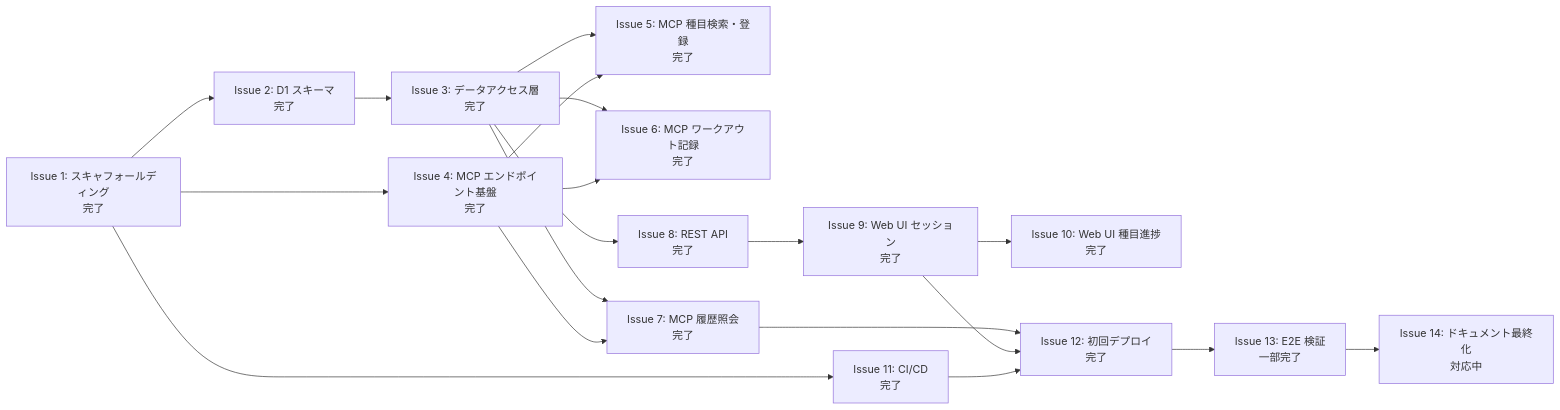
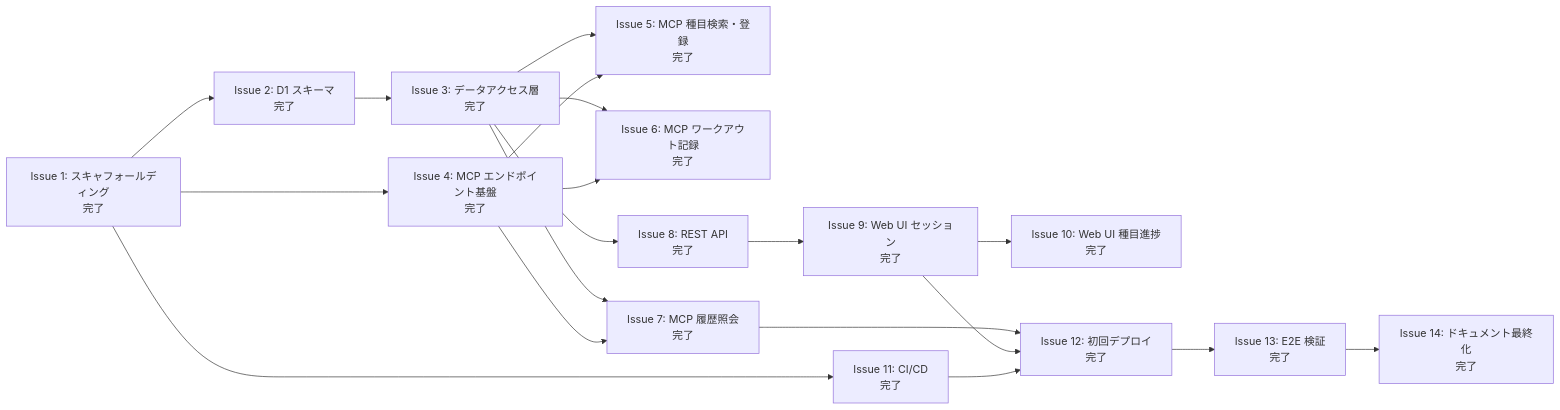
Before and after one commit to japan4415/training-logger: the diagram in docs/roadmap.md, drawn with Mermaid. The commit also changed other lines of this file and 12 other files, not shown here.

````diff
--- a/docs/roadmap.md
+++ b/docs/roadmap.md
@@ -17,36 +38,36 @@
 ```mermaid
 graph LR
     I1[Issue 1: スキャフォールディング<br/>完了]
     I2[Issue 2: D1 スキーマ<br/>完了]
     I3[Issue 3: データアクセス層<br/>完了]
     I4[Issue 4: MCP エンドポイント基盤<br/>完了]
     I5[Issue 5: MCP 種目検索・登録<br/>完了]
     I6[Issue 6: MCP ワークアウト記録<br/>完了]
     I7[Issue 7: MCP 履歴照会<br/>完了]
     I8[Issue 8: REST API<br/>完了]
     I9[Issue 9: Web UI セッション<br/>完了]
     I10[Issue 10: Web UI 種目進捗<br/>完了]
     I11[Issue 11: CI/CD<br/>完了]
     I12[Issue 12: 初回デプロイ<br/>完了]
-    I13[Issue 13: E2E 検証<br/>一部完了]
-    I14[Issue 14: ドキュメント最終化<br/>対応中]
+    I13[Issue 13: E2E 検証<br/>完了]
+    I14[Issue 14: ドキュメント最終化<br/>完了]
 
     I1 --> I2
     I1 --> I4
     I1 --> I11
     I2 --> I3
     I3 --> I5
     I3 --> I6
     I3 --> I7
     I3 --> I8
     I4 --> I5
     I4 --> I6
     I4 --> I7
     I8 --> I9
     I9 --> I10
     I7 --> I12
     I9 --> I12
     I11 --> I12
     I12 --> I13
     I13 --> I14
 ```
````
